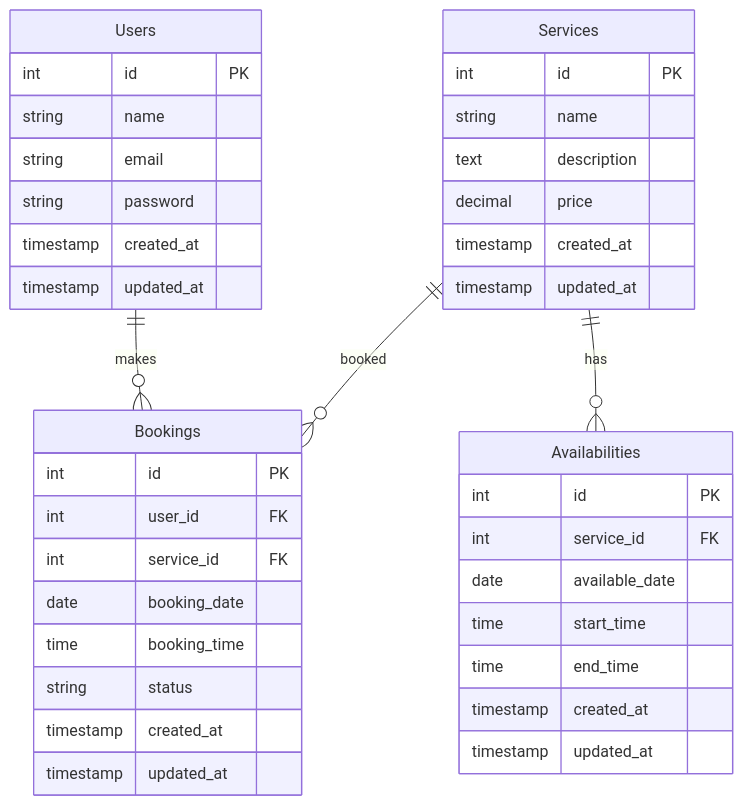
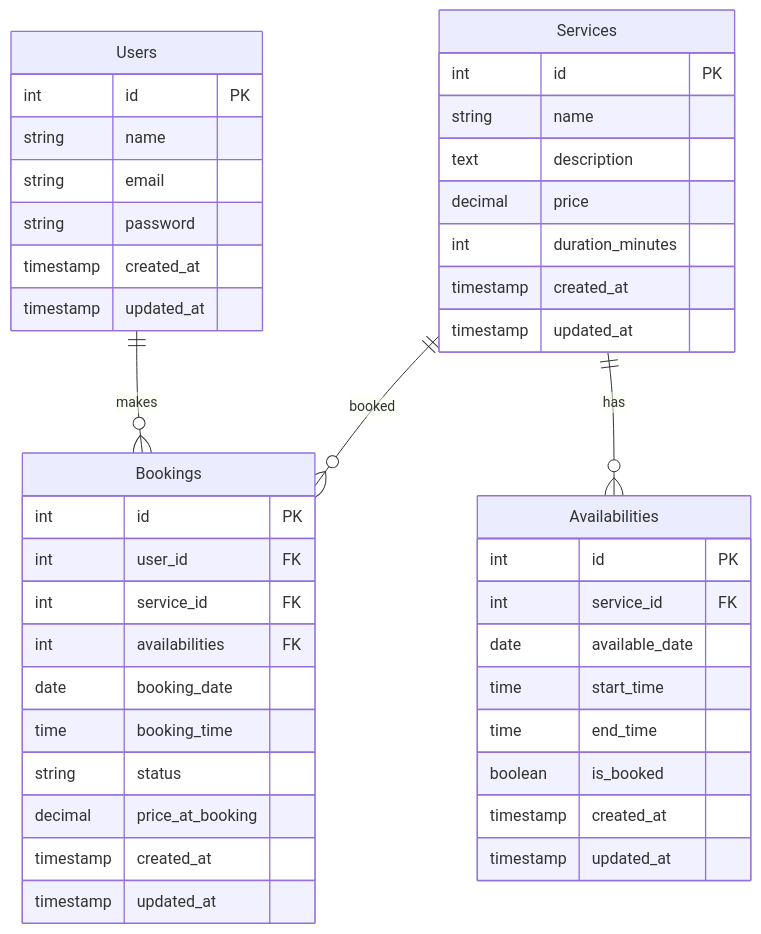
Before and after one commit to GeanVillamar/booking-system: the diagram in README.md, drawn with Mermaid.

````diff
--- a/README.md
+++ b/README.md
@@ -23,47 +23,51 @@
 ```mermaid
 erDiagram
     Users {
         int id PK
         string name
         string email
         string password
         timestamp created_at
         timestamp updated_at
     }
 
     Services {
         int id PK
         string name
         text description
         decimal price
+        int duration_minutes
         timestamp created_at
         timestamp updated_at
     }
 
     Bookings {
         int id PK
         int user_id FK
         int service_id FK
+        int availabilities FK
         date booking_date
         time booking_time
         string status
+        decimal price_at_booking
         timestamp created_at
         timestamp updated_at
     }
 
     Availabilities {
         int id PK
         int service_id FK
         date available_date
         time start_time
         time end_time
+        boolean is_booked
         timestamp created_at
         timestamp updated_at
     }
 
 
     Users ||--o{ Bookings : makes
     Services ||--o{ Bookings : booked
     Services ||--o{ Availabilities : has
 
 ```
````
